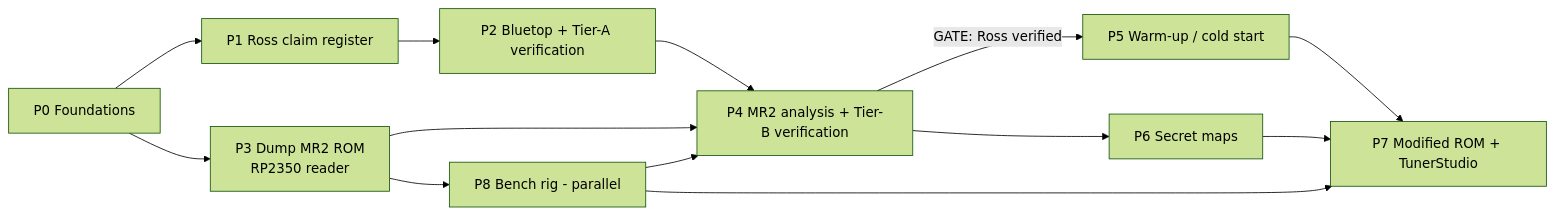
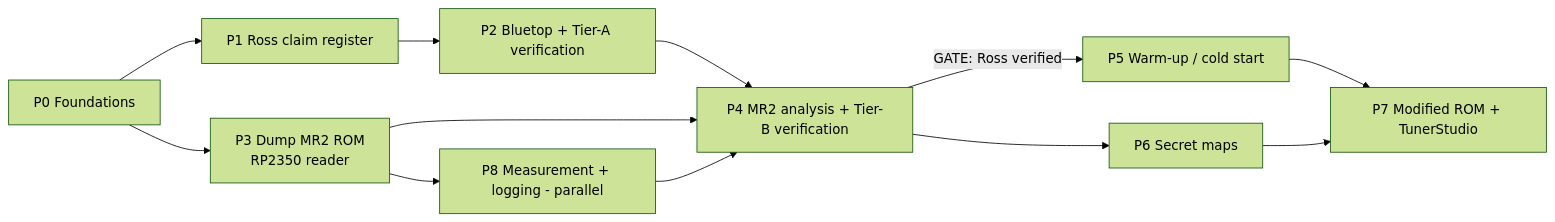
Before and after one commit to kurt-culley/Toyota-PCM-hacking: the first of 3 diagrams in docs/RE_PLAN.md, drawn with Mermaid (forest theme). The commit also changed other lines of this file and 8 other files, not shown here.

First line of the commit message:
P7: replace the ECU bench with the chip-in-isolation test; in-car rig parts list

````diff
--- a/docs/RE_PLAN.md
+++ b/docs/RE_PLAN.md
@@ -115,15 +115,14 @@
 ```mermaid
 flowchart LR
   P0[P0 Foundations] --> P1[P1 Ross claim register]
   P1 --> P2[P2 Bluetop + Tier-A verification]
   P0 --> P3[P3 Dump MR2 ROM<br/>RP2350 reader]
   P2 --> P4[P4 MR2 analysis + Tier-B verification]
   P3 --> P4
   P4 -->|GATE: Ross verified| P5[P5 Warm-up / cold start]
   P4 --> P6[P6 Secret maps]
   P5 --> P7[P7 Modified ROM + TunerStudio]
   P6 --> P7
-  P3 --> P8[P8 Bench rig - parallel]
+  P3 --> P8[P8 Measurement + logging - parallel]
   P8 --> P4
-  P8 --> P7
 ```
````
